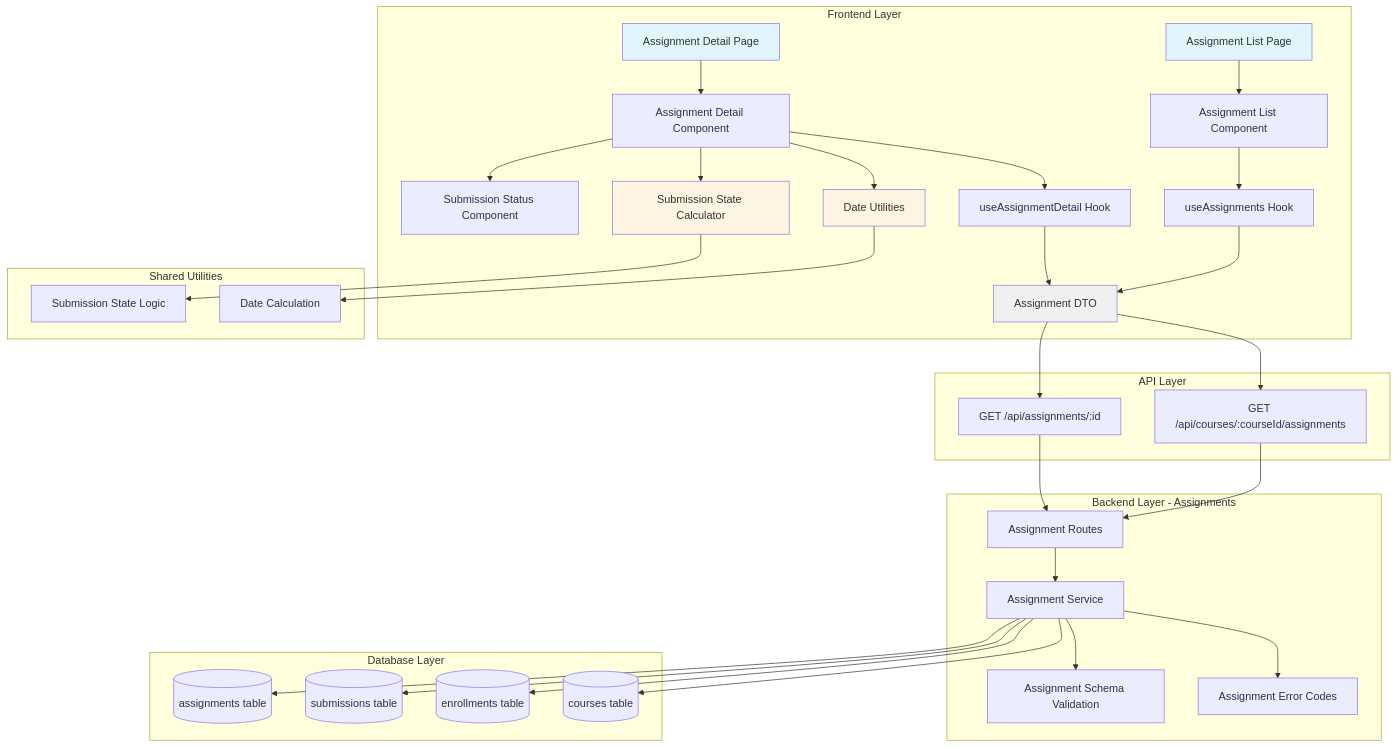
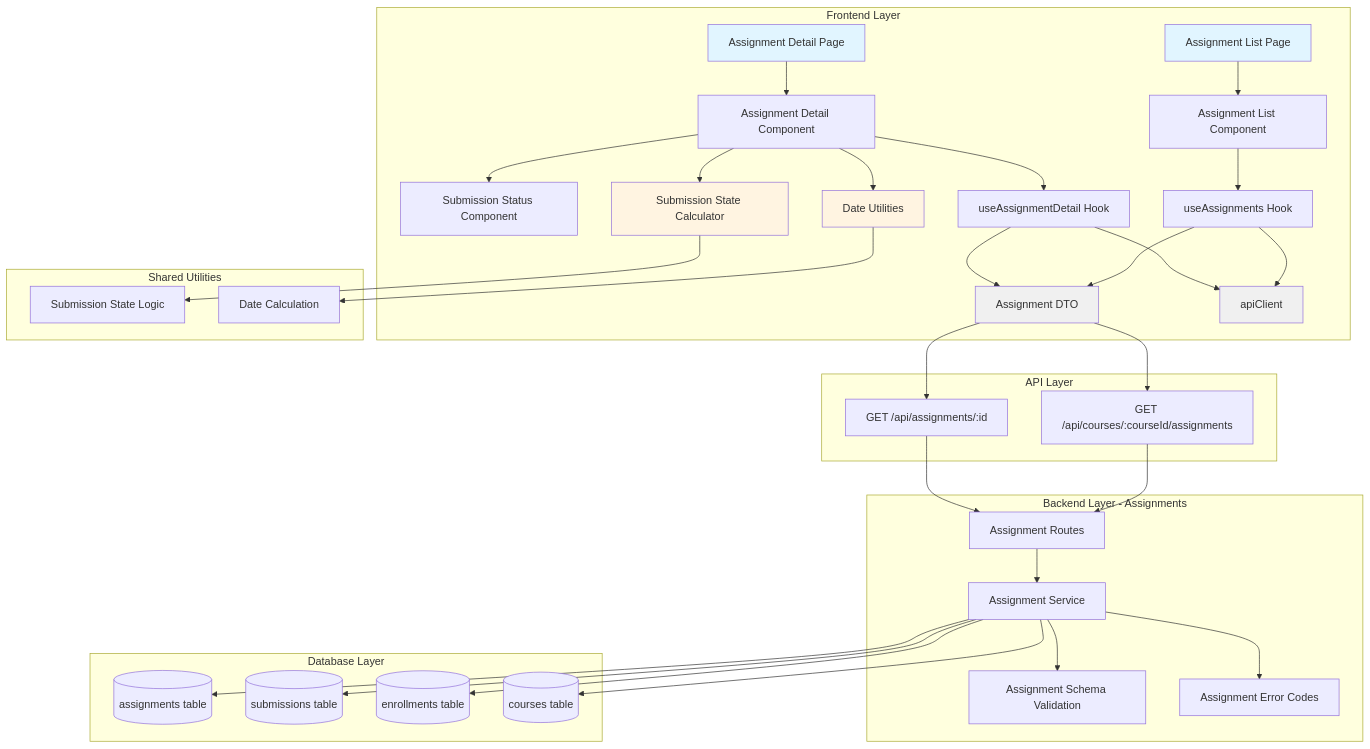
One commit to idoforgod/LMS changed the diagram in docs/004/plan.md. Above: the diagram before and after it, drawn with Mermaid. The commit also changed other lines of this file and 9 other files, not shown here.

````diff
--- a/docs/004/plan.md
+++ b/docs/004/plan.md
@@ -39,48 +39,51 @@
 ```mermaid
 graph TB
     subgraph "Frontend Layer"
         A[Assignment List Page] --> B[Assignment List Component]
         C[Assignment Detail Page] --> D[Assignment Detail Component]
         D --> E[Submission Status Component]
 
         B --> F[useAssignments Hook]
         D --> G[useAssignmentDetail Hook]
 
         F --> H[Assignment DTO]
         G --> H
+        F --> W[apiClient]
+        G --> W
 
         D --> I[Submission State Calculator]
         D --> J[Date Utilities]
     end
 
     subgraph "API Layer"
         H --> K[GET /api/courses/:courseId/assignments]
         H --> L[GET /api/assignments/:id]
     end
 
     subgraph "Backend Layer - Assignments"
         K --> M[Assignment Routes]
         L --> M
         M --> N[Assignment Service]
         N --> O[Assignment Schema Validation]
         N --> P[Assignment Error Codes]
     end
 
     subgraph "Database Layer"
         N --> Q[(assignments table)]
         N --> R[(submissions table)]
         N --> S[(enrollments table)]
         N --> T[(courses table)]
     end
 
     subgraph "Shared Utilities"
         I --> U[Submission State Logic]
         J --> V[Date Calculation]
     end
 
     style A fill:#e1f5ff
     style C fill:#e1f5ff
     style I fill:#fff4e1
     style J fill:#fff4e1
     style H fill:#f0f0f0
+    style W fill:#f0f0f0
 ```
````
